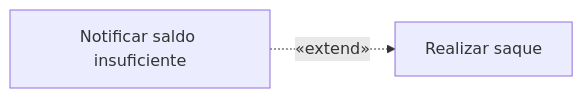
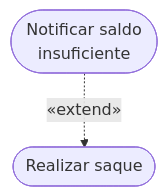
The ninth of 11 diagrams in 07. Engenharia de Requisitos/08. Modelagem de requisitos com casos de uso e especificações textuais.md (leorruas/puc), drawn with Mermaid before and after one commit. The commit also changed other lines of this file, not shown here.

Commit message:
style: alinha diagramas mermaid da aula de casos de uso com regras verticais

````diff
--- a/07. Engenharia de Requisitos/08. Modelagem de requisitos com casos de uso e especificações textuais.md
+++ b/07. Engenharia de Requisitos/08. Modelagem de requisitos com casos de uso e especificações textuais.md
@@ -201,4 +199,4 @@
 ```mermaid
-flowchart LR
-    Saldo["Notificar saldo insuficiente"] -.->|«extend»| Saque["Realizar saque"]
+flowchart TD
+    Saldo(["Notificar saldo<br>insuficiente"]) -.->|"«extend»"| Saque(["Realizar saque"])
 ```
````
